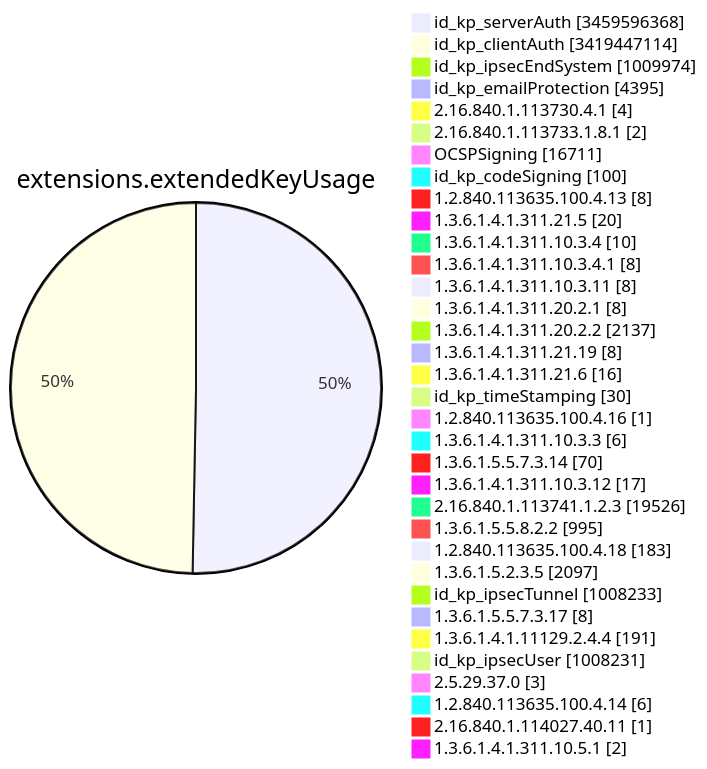
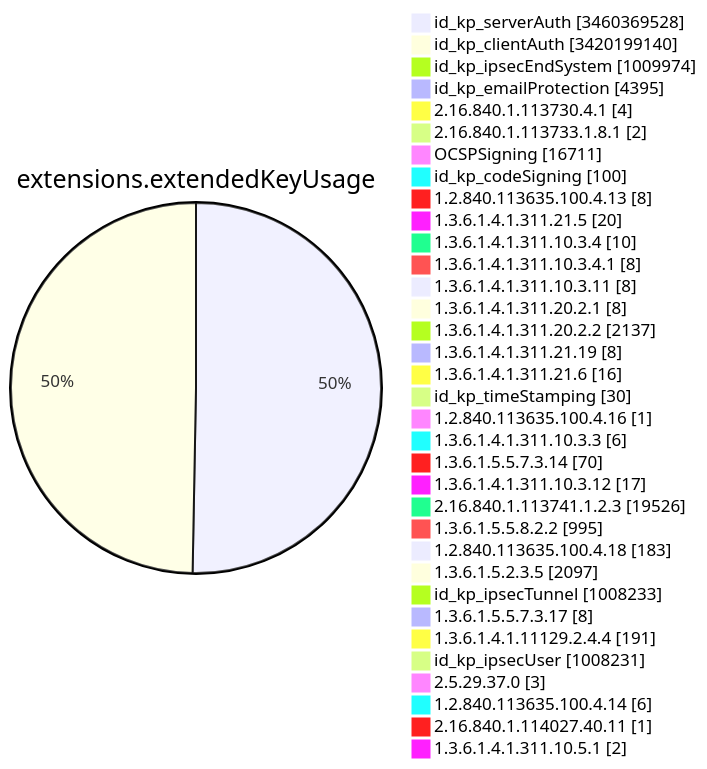
Before and after one commit to christiankrug/ctmonitor_visualization: diagram 11 of 15 in TOTAL/README.md, drawn with Mermaid. The commit also changed other lines of this file, not shown here.

````diff
--- a/TOTAL/README.md
+++ b/TOTAL/README.md
@@ -4123,38 +4123,38 @@
 ```mermaid
 pie showData
 title extensions.extendedKeyUsage
-"id_kp_serverAuth" :3459596368
-"id_kp_clientAuth" :3419447114
+"id_kp_serverAuth" :3460369528
+"id_kp_clientAuth" :3420199140
 "id_kp_ipsecEndSystem" :1009974
 "id_kp_emailProtection" :4395
 "2.16.840.1.113730.4.1" :4
 "2.16.840.1.113733.1.8.1" :2
 "OCSPSigning" :16711
 "id_kp_codeSigning" :100
 "1.2.840.113635.100.4.13" :8
 "1.3.6.1.4.1.311.21.5" :20
 "1.3.6.1.4.1.311.10.3.4" :10
 "1.3.6.1.4.1.311.10.3.4.1" :8
 "1.3.6.1.4.1.311.10.3.11" :8
 "1.3.6.1.4.1.311.20.2.1" :8
 "1.3.6.1.4.1.311.20.2.2" :2137
 "1.3.6.1.4.1.311.21.19" :8
 "1.3.6.1.4.1.311.21.6" :16
 "id_kp_timeStamping" :30
 "1.2.840.113635.100.4.16" :1
 "1.3.6.1.4.1.311.10.3.3" :6
 "1.3.6.1.5.5.7.3.14" :70
 "1.3.6.1.4.1.311.10.3.12" :17
 "2.16.840.1.113741.1.2.3" :19526
 "1.3.6.1.5.5.8.2.2" :995
 "1.2.840.113635.100.4.18" :183
 "1.3.6.1.5.2.3.5" :2097
 "id_kp_ipsecTunnel" :1008233
 "1.3.6.1.5.5.7.3.17" :8
 "1.3.6.1.4.1.11129.2.4.4" :191
 "id_kp_ipsecUser" :1008231
 "2.5.29.37.0" :3
 "1.2.840.113635.100.4.14" :6
 "2.16.840.1.114027.40.11" :1
 "1.3.6.1.4.1.311.10.5.1" :2
 ```
````
